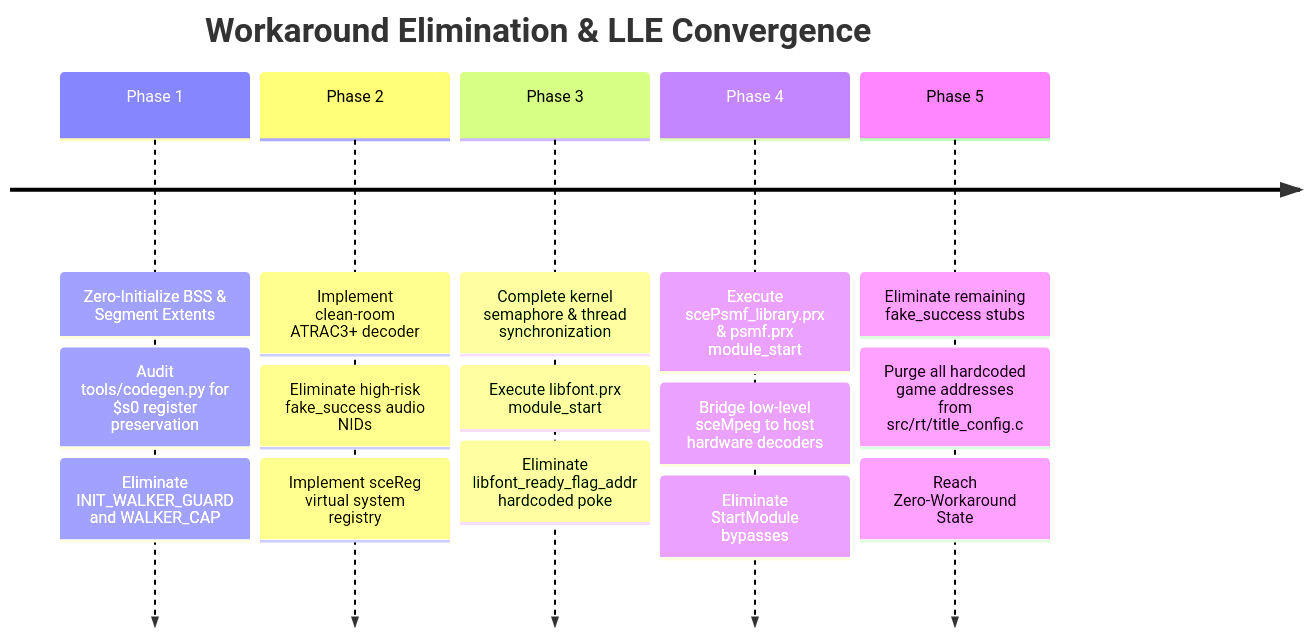
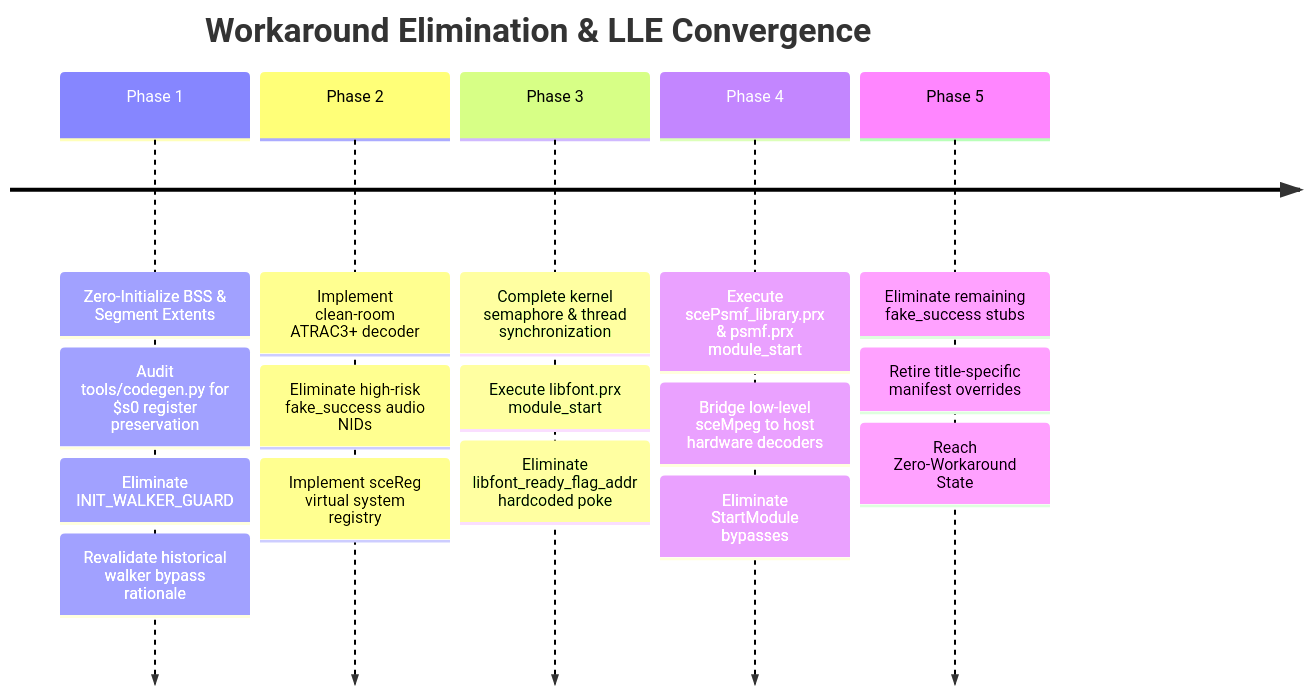
The diagram in docs/HLE_AND_WORKAROUND_INVENTORY.md (Jstar269/nakagawa-recomp), drawn with Mermaid before and after one commit. The commit also changed other lines of this file and 14 other files, not shown here.

````diff
--- a/docs/HLE_AND_WORKAROUND_INVENTORY.md
+++ b/docs/HLE_AND_WORKAROUND_INVENTORY.md
@@ -129,9 +131,9 @@
 ```mermaid
 timeline
     title Workaround Elimination & LLE Convergence
-    Phase 1 : Zero-Initialize BSS & Segment Extents : Audit tools/codegen.py for $s0 register preservation : Eliminate INIT_WALKER_GUARD and WALKER_CAP
+    Phase 1 : Zero-Initialize BSS & Segment Extents : Audit tools/codegen.py for $s0 register preservation : Eliminate INIT_WALKER_GUARD : Revalidate historical walker bypass rationale
     Phase 2 : Implement clean-room ATRAC3+ decoder : Eliminate high-risk fake_success audio NIDs : Implement sceReg virtual system registry
     Phase 3 : Complete kernel semaphore & thread synchronization : Execute libfont.prx module_start : Eliminate libfont_ready_flag_addr hardcoded poke
     Phase 4 : Execute scePsmf_library.prx & psmf.prx module_start : Bridge low-level sceMpeg to host hardware decoders : Eliminate StartModule bypasses
-    Phase 5 : Eliminate remaining fake_success stubs : Purge all hardcoded game addresses from src/rt/title_config.c : Reach Zero-Workaround State
+    Phase 5 : Eliminate remaining fake_success stubs : Retire title-specific manifest overrides : Reach Zero-Workaround State
 ```
````
